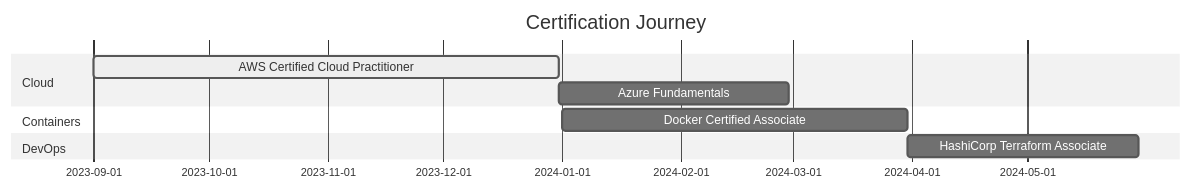
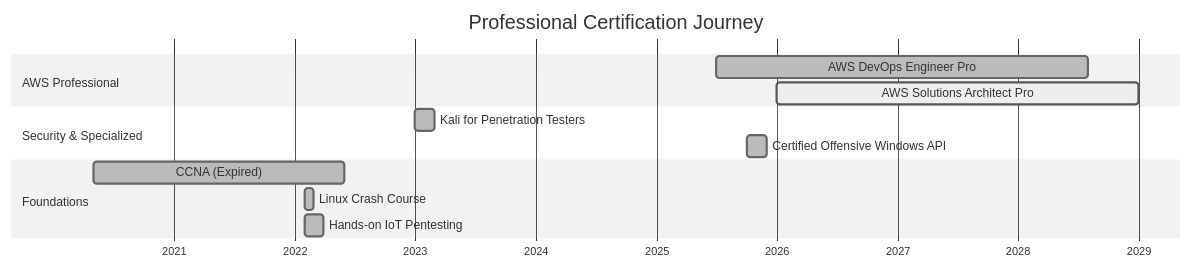
Before and after one commit to WhoisMonesh/WhoisMonesh: the second of 2 diagrams in README.md, drawn with Mermaid (neutral theme). The commit also changed other lines of this file, not shown here.

````diff
--- a/README.md
+++ b/README.md
@@ -87,12 +149,19 @@
 ```mermaid
 gantt
-    title Certification Journey
+    title Professional Certification Journey
     dateFormat  YYYY-MM-DD
-    section Cloud
-    AWS Certified Cloud Practitioner   :active, cert1, 2023-09-01, 2023-12-31
-    Azure Fundamentals                 :         cert2, after cert1, 60d
-    section Containers
-    Docker Certified Associate         :         cert3, 2024-01-01, 90d
-    section DevOps
-    HashiCorp Terraform Associate      :         cert4, after cert3, 60d
+    axisFormat  %Y
+    
+    section AWS Professional
+    AWS DevOps Engineer Pro            :done, a1, 2025-07-01, 2028-07-30
+    AWS Solutions Architect Pro        :active, a2, 2026-01-01, 2029-01-01
+    
+    section Security & Specialized
+    Kali for Penetration Testers       :done, s1, 2023-01-01, 2023-03-01
+    Certified Offensive Windows API    :done, s2, 2025-10-01, 2025-12-01
+    
+    section Foundations
+    CCNA (Expired)                     :done, f1, 2020-05-01, 2022-06-01
+    Linux Crash Course                 :done, f2, 2022-02-01, 2022-02-28
+    Hands-on IoT Pentesting            :done, f3, 2022-02-01, 2022-03-30
 ```
````
